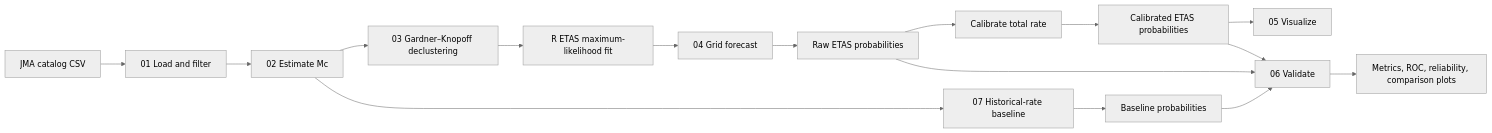
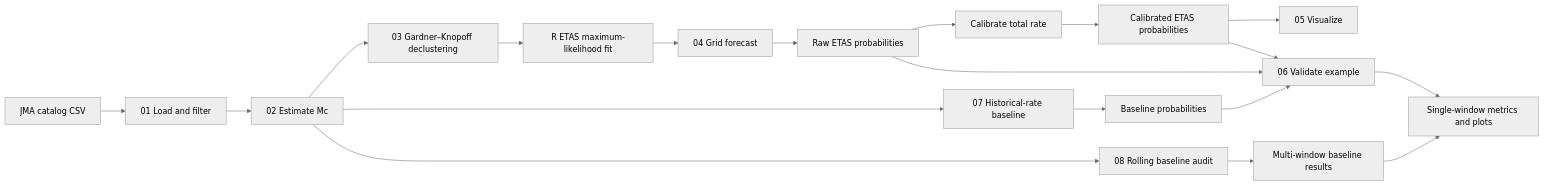
One commit to bala2006/jma-etas-benchmark changed the diagram in README.md. Above: the diagram before and after it, drawn with Mermaid (neutral theme). The commit also changed other lines of this file and 17 other files, not shown here.

Commit message:
feat: add rolling baseline research audit

````diff
--- a/README.md
+++ b/README.md
@@ -53,18 +55,21 @@
 ```mermaid
 flowchart LR
     A[JMA catalog CSV] --> B[01 Load and filter]
     B --> C[02 Estimate Mc]
     C --> D[03 Gardner–Knopoff declustering]
     D --> E[R ETAS maximum-likelihood fit]
     E --> F[04 Grid forecast]
     F --> G[Raw ETAS probabilities]
     G --> H[Calibrate total rate]
     H --> I[Calibrated ETAS probabilities]
     C --> J[07 Historical-rate baseline]
     J --> K[Baseline probabilities]
+    C --> R[08 Rolling baseline audit]
+    R --> S[Multi-window baseline results]
     I --> L[05 Visualize]
-    G --> M[06 Validate]
+    G --> M[06 Validate example]
     I --> M
     K --> M
-    M --> N[Metrics, ROC, reliability, comparison plots]
+    M --> N[Single-window metrics and plots]
+    S --> N
 ```
````
